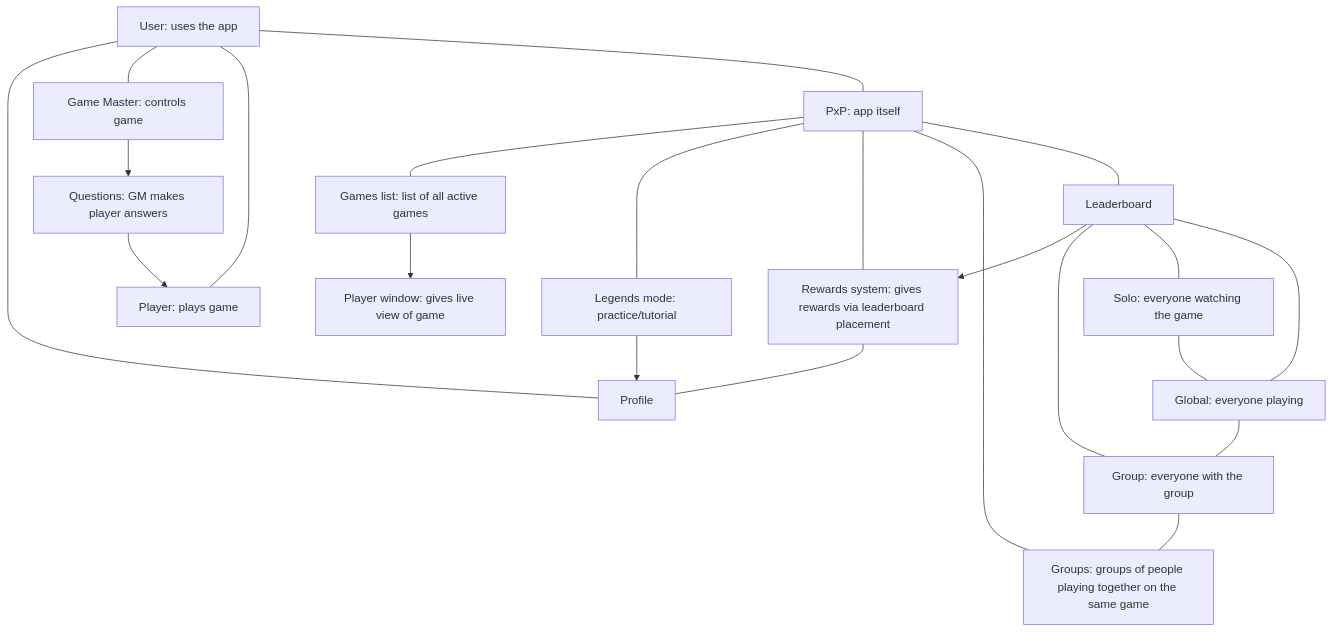
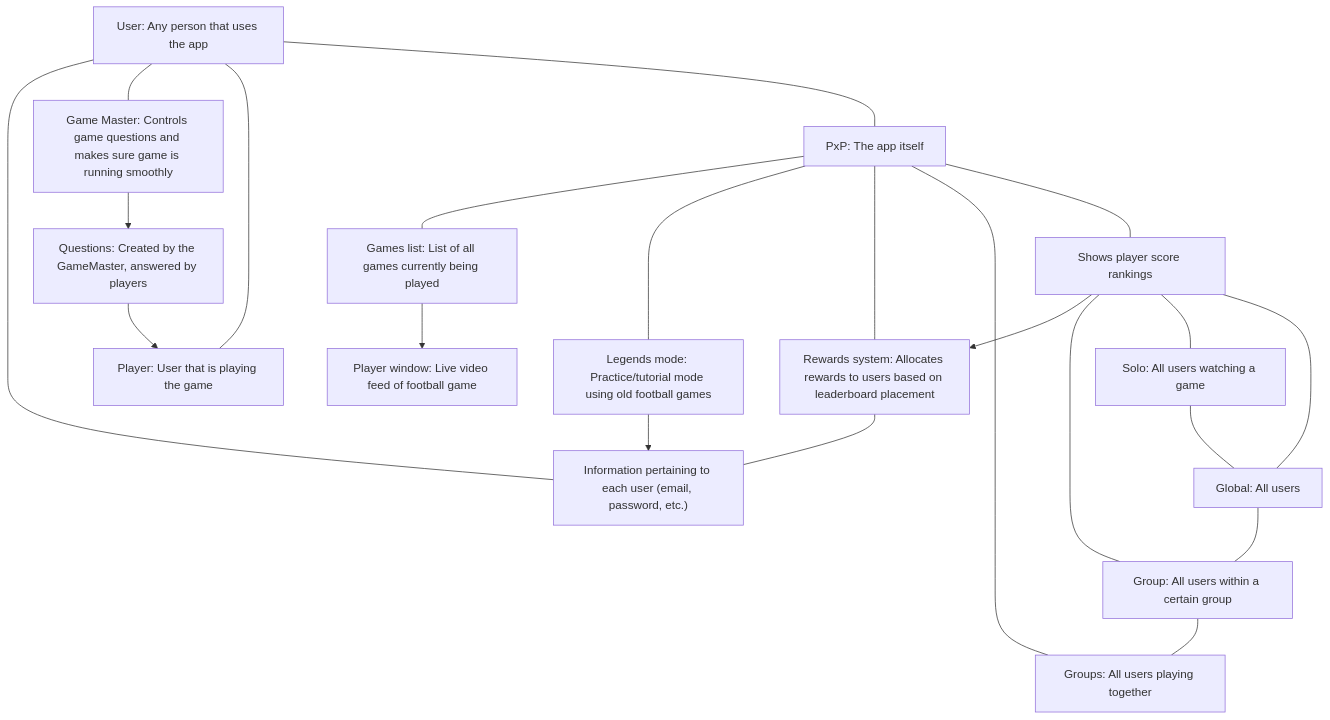
One commit to EthanCouchBSU/Capstone_PxP_Main_Repository changed the diagram in Design/DomainModel.md. Above: the diagram before and after it, drawn with Mermaid.

````diff
--- a/Design/DomainModel.md
+++ b/Design/DomainModel.md
@@ -1,15 +1,15 @@
 ```mermaid
 flowchart TD
-    User["User: uses the app"] --- Profile["Profile"] & GameMaster["Game Master: controls game"] & Player["Player: plays game"] & PxP["PxP: app itself"]
-    PxP --- GamesList["Games list: list of all active games"] & LegendsMode["Legends mode: practice/tutorial"] & Rewards["Rewards system: gives rewards via leaderboard placement"] & Groups["Groups: groups of people playing together on the same game"] & Leaderboard["Leaderboard"]
+    User["User: Any person that uses the app"] --- Profile["Information pertaining to each user (email, password, etc.)"] & GameMaster["Game Master: Controls game questions and makes sure game is running smoothly"] & Player["Player: User that is playing the game"] & PxP["PxP: The app itself"]
+    PxP --- GamesList["Games list: List of all games currently being played"] & LegendsMode["Legends mode: Practice/tutorial mode using old football games"] & Rewards["Rewards system: Allocates rewards to users based on leaderboard placement"] & Groups["Groups: All users playing together"] & Leaderboard["Shows player score rankings"]
     Leaderboard --> Rewards
-    Leaderboard --- Group["Group: everyone with the group"] & Solo["Solo: everyone watching the game"] & Global["Global: everyone playing"]
+    Leaderboard --- Group["Group: All users within a certain group"] & Solo["Solo: All users watching a game"] & Global["Global: All users"]
     Solo --- Global
     Global --- Group
     Group --- Groups
-    GameMaster --> Questions["Questions: GM makes player answers"]
+    GameMaster --> Questions["Questions: Created by the GameMaster, answered by players"]
     Questions --> Player
     Rewards --- Profile
-    GamesList --> PlayerWindow["Player window: gives live view of game"]
+    GamesList --> PlayerWindow["Player window: Live video feed of football game"]
     LegendsMode --> Profile
 ```
````
